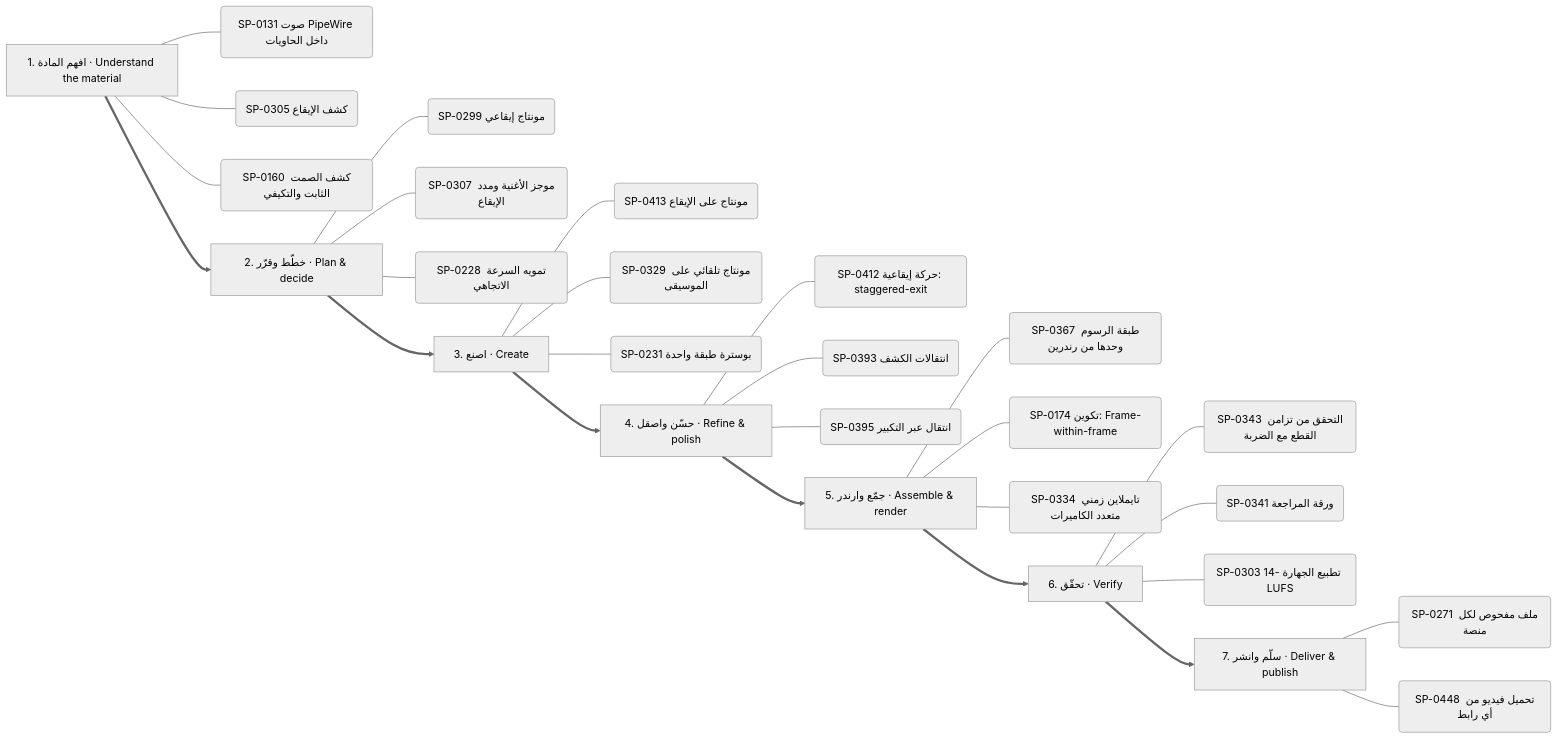
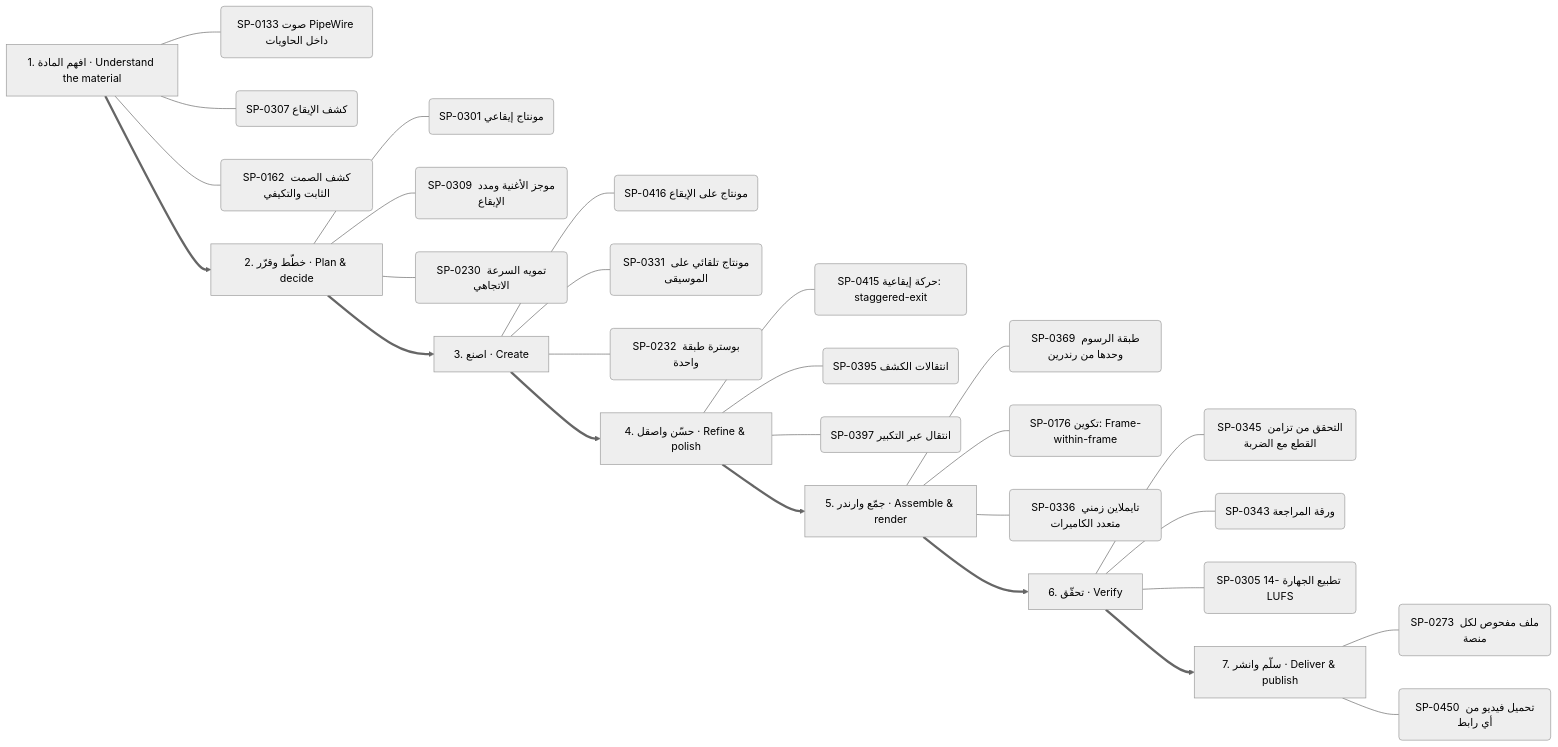
One commit to kosif199022-jpg/kosif-tool changed the third of 13 diagrams in .claude/skills/kosif-superpowers/references/capability-mindmap.md. Above: the diagram before and after it, drawn with Mermaid (neutral theme). The commit also changed other lines of this file and 65 other files, not shown here.

````diff
--- a/.claude/skills/kosif-superpowers/references/capability-mindmap.md
+++ b/.claude/skills/kosif-superpowers/references/capability-mindmap.md
@@ -176,36 +176,36 @@
 ```mermaid
 flowchart LR
   S0["1. افهم المادة · Understand the material"]
-  S0 --- S0_0("SP-0131 صوت PipeWire داخل الحاويات")
-  S0 --- S0_1("SP-0305 كشف الإيقاع")
-  S0 --- S0_2("SP-0160 كشف الصمت الثابت والتكيفي")
+  S0 --- S0_0("SP-0133 صوت PipeWire داخل الحاويات")
+  S0 --- S0_1("SP-0307 كشف الإيقاع")
+  S0 --- S0_2("SP-0162 كشف الصمت الثابت والتكيفي")
   S1["2. خطّط وقرّر · Plan & decide"]
-  S1 --- S1_0("SP-0299 مونتاج إيقاعي")
-  S1 --- S1_1("SP-0307 موجز الأغنية ومدد الإيقاع")
-  S1 --- S1_2("SP-0228 تمويه السرعة الاتجاهي")
+  S1 --- S1_0("SP-0301 مونتاج إيقاعي")
+  S1 --- S1_1("SP-0309 موجز الأغنية ومدد الإيقاع")
+  S1 --- S1_2("SP-0230 تمويه السرعة الاتجاهي")
   S0 ==> S1
   S2["3. اصنع · Create"]
-  S2 --- S2_0("SP-0413 مونتاج على الإيقاع")
-  S2 --- S2_1("SP-0329 مونتاج تلقائي على الموسيقى")
-  S2 --- S2_2("SP-0231 بوسترة طبقة واحدة")
+  S2 --- S2_0("SP-0416 مونتاج على الإيقاع")
+  S2 --- S2_1("SP-0331 مونتاج تلقائي على الموسيقى")
+  S2 --- S2_2("SP-0232 بوسترة طبقة واحدة")
   S1 ==> S2
   S3["4. حسّن واصقل · Refine & polish"]
-  S3 --- S3_0("SP-0412 حركة إيقاعية: staggered-exit")
-  S3 --- S3_1("SP-0393 انتقالات الكشف")
-  S3 --- S3_2("SP-0395 انتقال عبر التكبير")
+  S3 --- S3_0("SP-0415 حركة إيقاعية: staggered-exit")
+  S3 --- S3_1("SP-0395 انتقالات الكشف")
+  S3 --- S3_2("SP-0397 انتقال عبر التكبير")
   S2 ==> S3
   S4["5. جمّع وارندر · Assemble & render"]
-  S4 --- S4_0("SP-0367 طبقة الرسوم وحدها من رندرين")
-  S4 --- S4_1("SP-0174 تكوين: Frame-within-frame")
-  S4 --- S4_2("SP-0334 تايملاين زمني متعدد الكاميرات")
+  S4 --- S4_0("SP-0369 طبقة الرسوم وحدها من رندرين")
+  S4 --- S4_1("SP-0176 تكوين: Frame-within-frame")
+  S4 --- S4_2("SP-0336 تايملاين زمني متعدد الكاميرات")
   S3 ==> S4
   S5["6. تحقّق · Verify"]
-  S5 --- S5_0("SP-0343 التحقق من تزامن القطع مع الضربة")
-  S5 --- S5_1("SP-0341 ورقة المراجعة")
-  S5 --- S5_2("SP-0303 تطبيع الجهارة -14 LUFS")
+  S5 --- S5_0("SP-0345 التحقق من تزامن القطع مع الضربة")
+  S5 --- S5_1("SP-0343 ورقة المراجعة")
+  S5 --- S5_2("SP-0305 تطبيع الجهارة -14 LUFS")
   S4 ==> S5
   S6["7. سلّم وانشر · Deliver & publish"]
-  S6 --- S6_0("SP-0271 ملف مفحوص لكل منصة")
-  S6 --- S6_1("SP-0448 تحميل فيديو من أي رابط")
+  S6 --- S6_0("SP-0273 ملف مفحوص لكل منصة")
+  S6 --- S6_1("SP-0450 تحميل فيديو من أي رابط")
   S5 ==> S6
 ```
````
